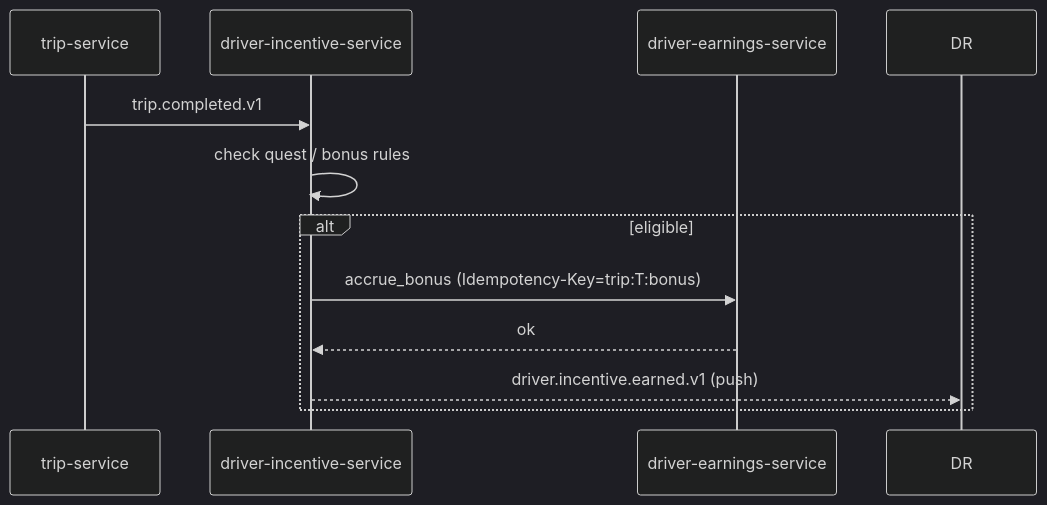
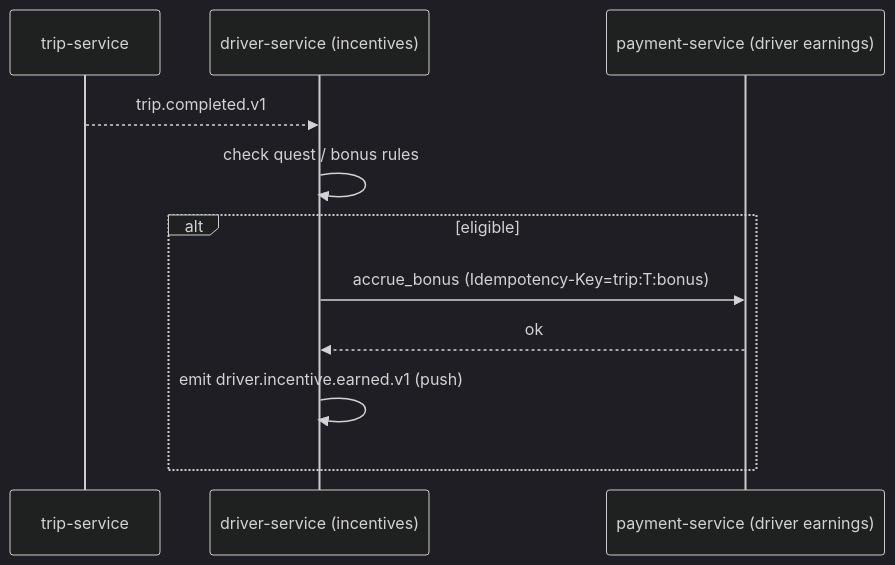
Before and after one commit to mohamedhabibwork/trips-enjoy-docs: the tenth of 10 diagrams in docs/workflows/DRIVER_WORKFLOWS.md, drawn with Mermaid (dark theme). The commit also changed other lines of this file and 525 other files, not shown here.

````diff
--- a/docs/workflows/DRIVER_WORKFLOWS.md
+++ b/docs/workflows/DRIVER_WORKFLOWS.md
@@ -214,14 +210,14 @@
 ```mermaid
 sequenceDiagram
     participant TR as trip-service
-    participant DIN as driver-incentive-service
-    participant DE as driver-earnings-service
+    participant DRV as driver-service (incentives)
+    participant PAY as payment-service (driver earnings)
 
-    TR->>DIN: trip.completed.v1
-    DIN->>DIN: check quest / bonus rules
+    TR-->>DRV: trip.completed.v1
+    DRV->>DRV: check quest / bonus rules
     alt eligible
-        DIN->>DE: accrue_bonus (Idempotency-Key=trip:T:bonus)
-        DE-->>DIN: ok
-        DIN-->>DR: driver.incentive.earned.v1 (push)
+        DRV->>PAY: accrue_bonus (Idempotency-Key=trip:T:bonus)
+        PAY-->>DRV: ok
+        DRV->>DRV: emit driver.incentive.earned.v1 (push)
     end
 ```
````
